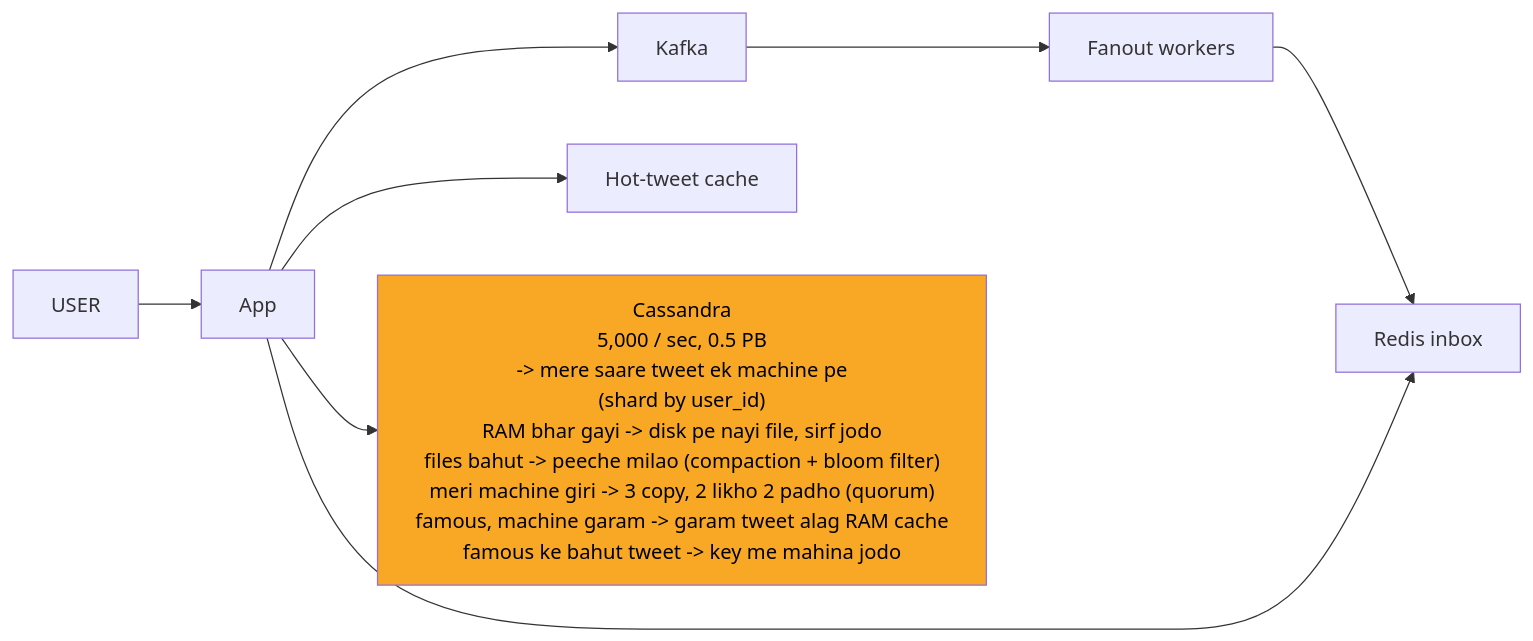
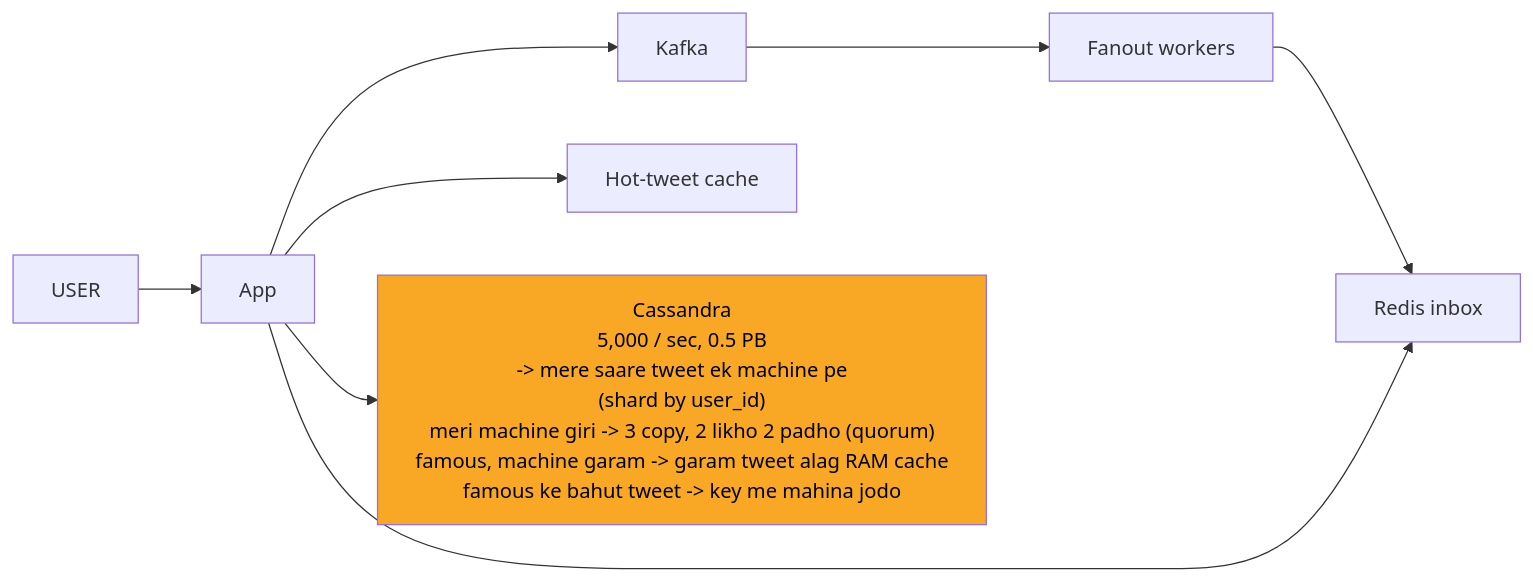
The seventh of 12 diagrams in 04_HLD/SYSTEM_DESIGNS/03_twitter_feed/03_twitter_feed.md (ArpanMaheshwari144/Prep), drawn with Mermaid before and after one commit. The commit also changed other lines of this file and 13 other files, not shown here.

````diff
--- a/04_HLD/SYSTEM_DESIGNS/03_twitter_feed/03_twitter_feed.md
+++ b/04_HLD/SYSTEM_DESIGNS/03_twitter_feed/03_twitter_feed.md
@@ -307,19 +307,19 @@
 ```mermaid
 %%{init: {"flowchart": {"wrappingWidth": 450}}}%%
 flowchart LR
     n_USER["USER"]
     n_App["App"]
     n_Kafka["Kafka"]
     n_Fanout_workers["Fanout workers"]
     n_Redis_inbox["Redis inbox"]
     n_Hot_tweet_cache["Hot-tweet cache"]
-    n_Cassandra["Cassandra<br/>5,000 / sec, 0.5 PB<br/>-> mere saare tweet ek machine pe<br/>(shard by user_id)<br/>RAM bhar gayi -> disk pe nayi file, sirf jodo<br/>files bahut -> peeche milao (compaction + bloom filter)<br/>meri machine giri -> 3 copy, 2 likho 2 padho (quorum)<br/>famous, machine garam -> garam tweet alag RAM cache<br/>famous ke bahut tweet -> key me mahina jodo"]
+    n_Cassandra["Cassandra<br/>5,000 / sec, 0.5 PB<br/>-> mere saare tweet ek machine pe<br/>(shard by user_id)<br/>meri machine giri -> 3 copy, 2 likho 2 padho (quorum)<br/>famous, machine garam -> garam tweet alag RAM cache<br/>famous ke bahut tweet -> key me mahina jodo"]
     n_USER --> n_App
     n_App --> n_Kafka
     n_App --> n_Hot_tweet_cache
     n_App --> n_Cassandra
     n_Kafka --> n_Fanout_workers
     n_Fanout_workers --> n_Redis_inbox
     n_App --> n_Redis_inbox
     style n_Cassandra fill:#f9a825,color:#000
 ```
````
